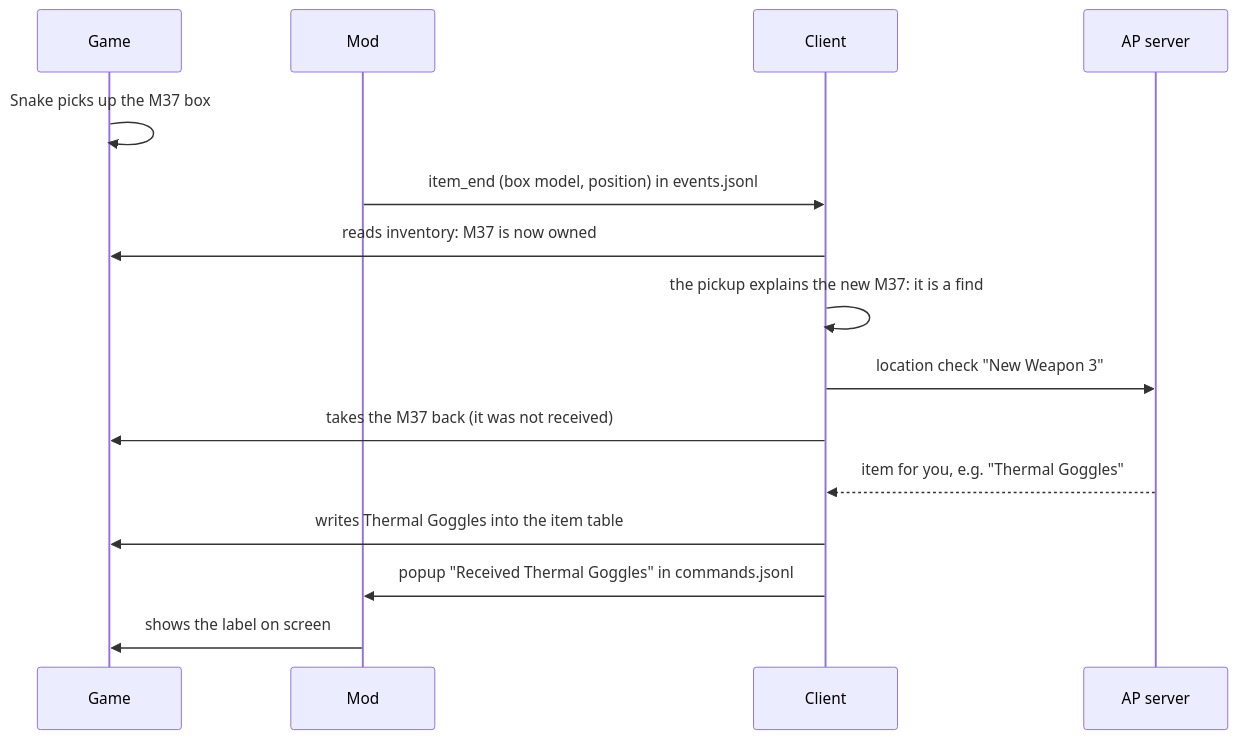
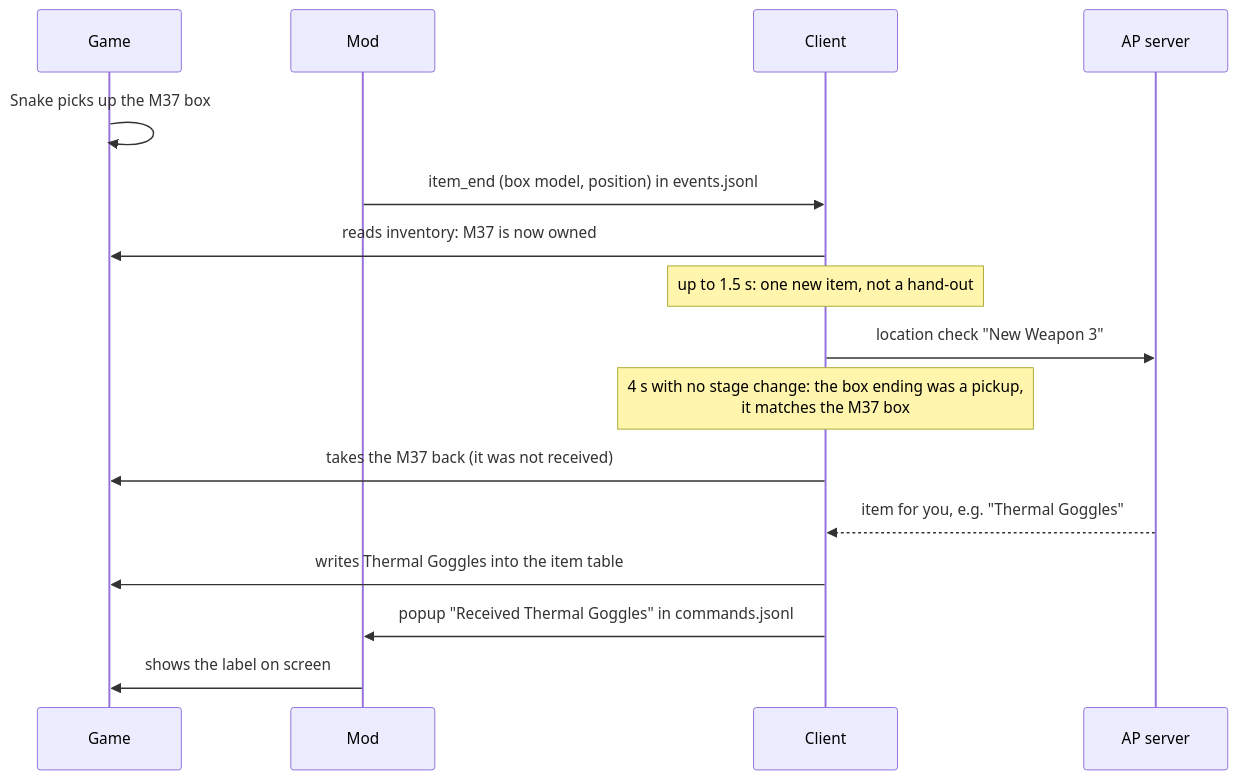
Before and after one commit to jarich-b/MGSDeltaAP: the third of 3 diagrams in docs/architecture.md, drawn with Mermaid. The commit also changed other lines of this file and 4 other files, not shown here.

First line of the commit message:
Review fixes: graphs, wording, README alert, cheaper inventory writes

````diff
--- a/docs/architecture.md
+++ b/docs/architecture.md
@@ -76,17 +82,18 @@
 ```mermaid
 sequenceDiagram
     participant Game
     participant Mod
     participant Client
     participant Server as AP server
     Game->>Game: Snake picks up the M37 box
     Mod->>Client: item_end (box model, position) in events.jsonl
     Client->>Game: reads inventory: M37 is now owned
-    Client->>Client: the pickup explains the new M37: it is a find
+    Note over Client: up to 1.5 s: one new item, not a hand-out
     Client->>Server: location check "New Weapon 3"
+    Note over Client: 4 s with no stage change: the box ending was a pickup,<br/>it matches the M37 box
     Client->>Game: takes the M37 back (it was not received)
     Server-->>Client: item for you, e.g. "Thermal Goggles"
     Client->>Game: writes Thermal Goggles into the item table
     Client->>Mod: popup "Received Thermal Goggles" in commands.jsonl
     Mod->>Game: shows the label on screen
 ```
````
